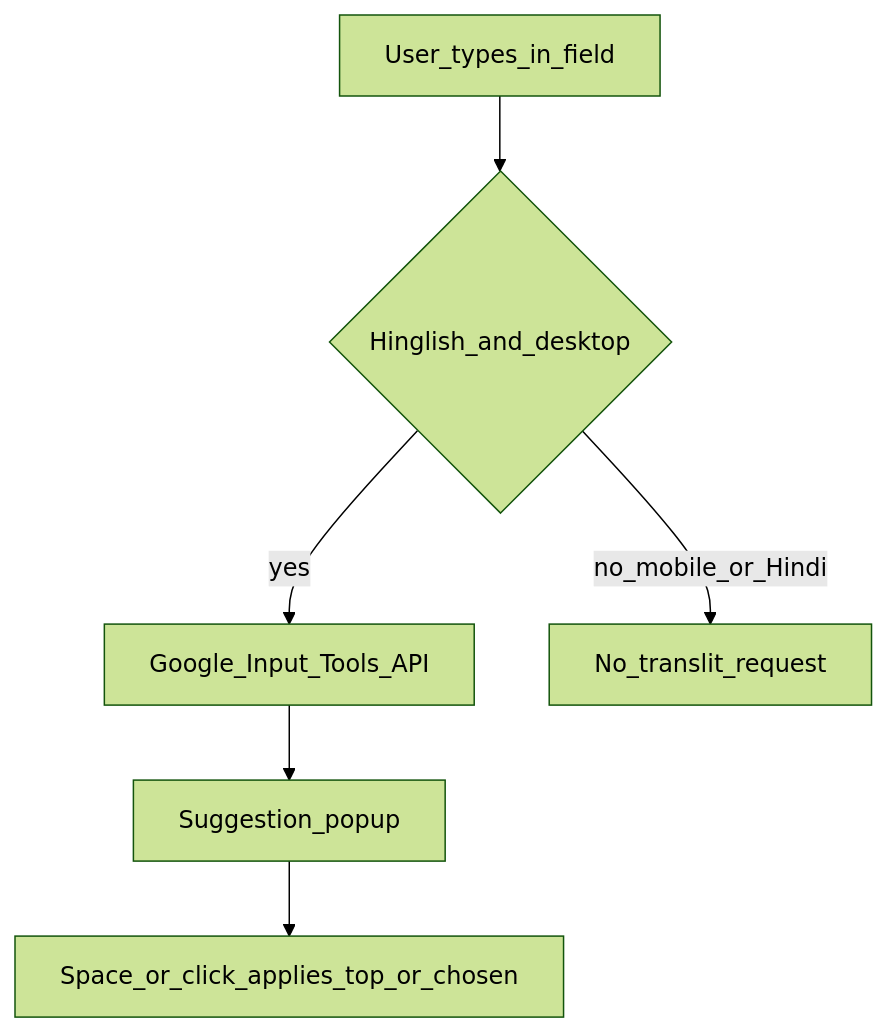
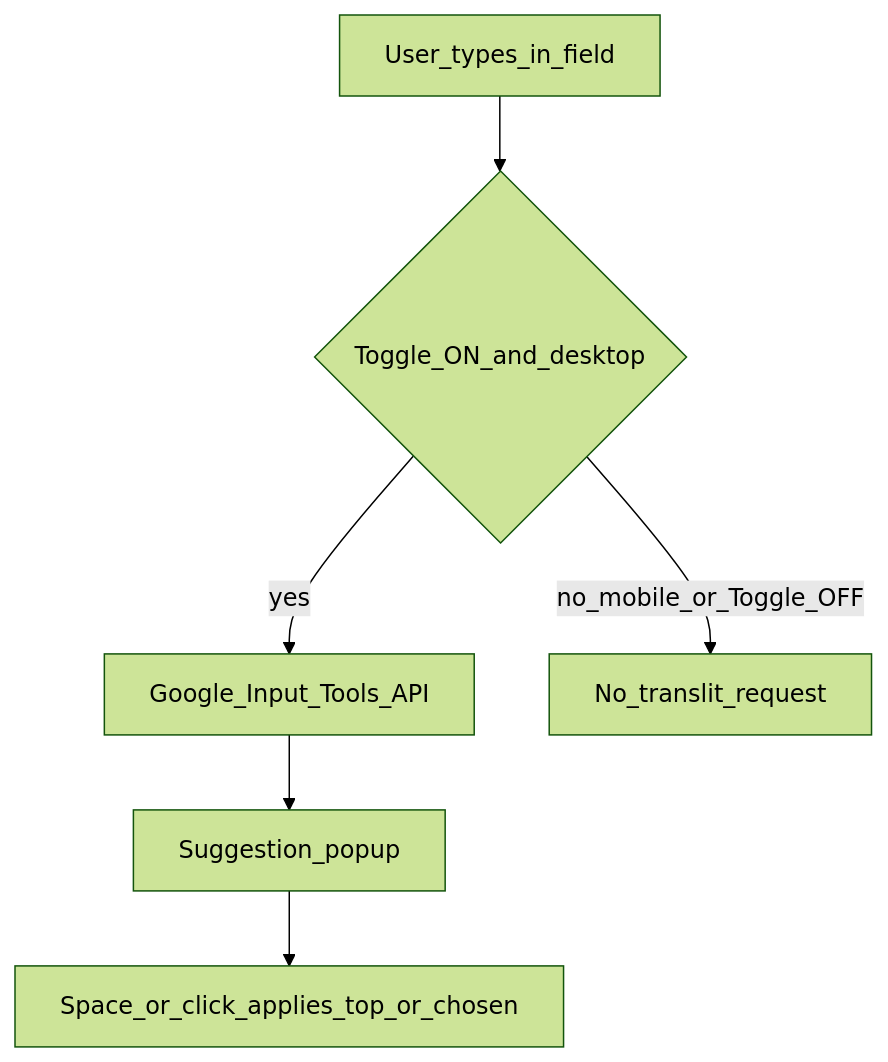
The diagram in docs/components/typing.md (arverma/Bihar-Police-Notebook), drawn with Mermaid (forest theme) before and after one commit. The commit also changed other lines of this file and 9 other files, not shown here.

````diff
--- a/docs/components/typing.md
+++ b/docs/components/typing.md
@@ -9,15 +9,15 @@
 ```mermaid
 flowchart TD
   type[User_types_in_field]
-  mode{Hinglish_and_desktop}
+  mode{Toggle_ON_and_desktop}
   fetch[Google_Input_Tools_API]
   popup[Suggestion_popup]
   pick[Space_or_click_applies_top_or_chosen]
   skip[No_translit_request]
 
   type --> mode
   mode -->|yes| fetch
   fetch --> popup
   popup --> pick
-  mode -->|no_mobile_or_Hindi| skip
+  mode -->|no_mobile_or_Toggle_OFF| skip
 ```
````
